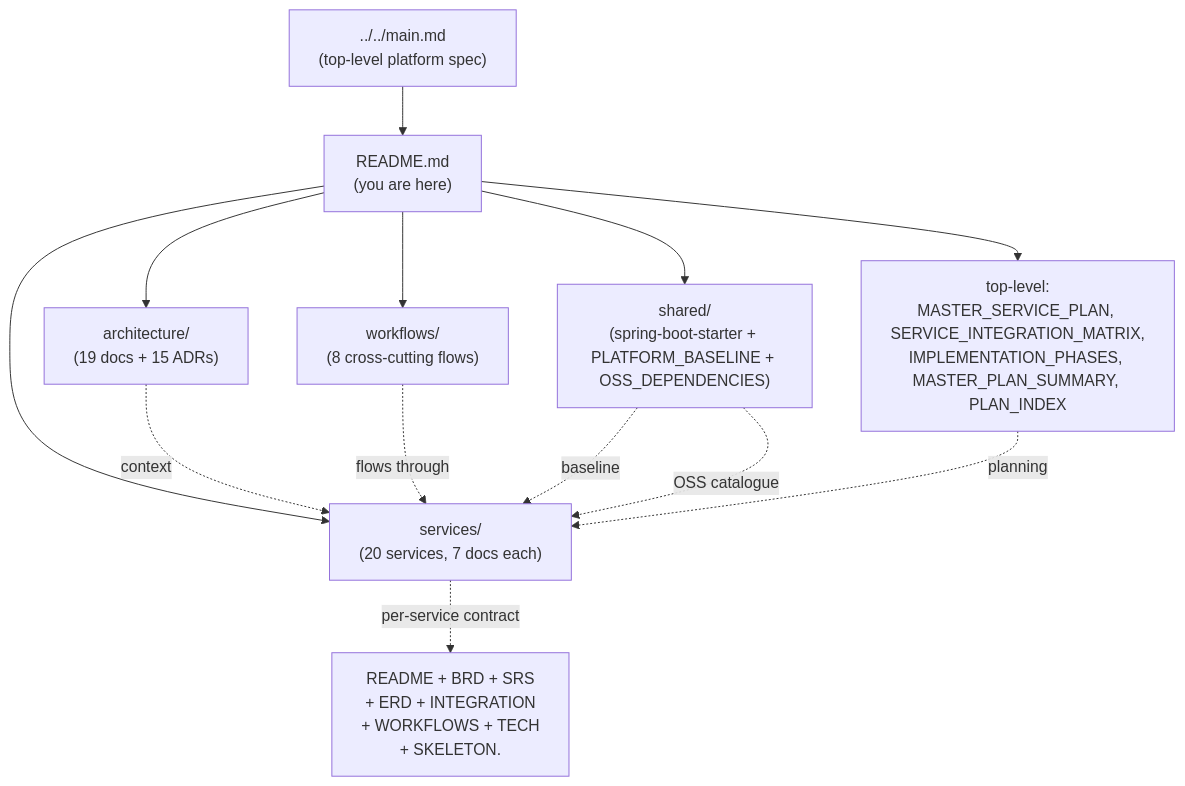
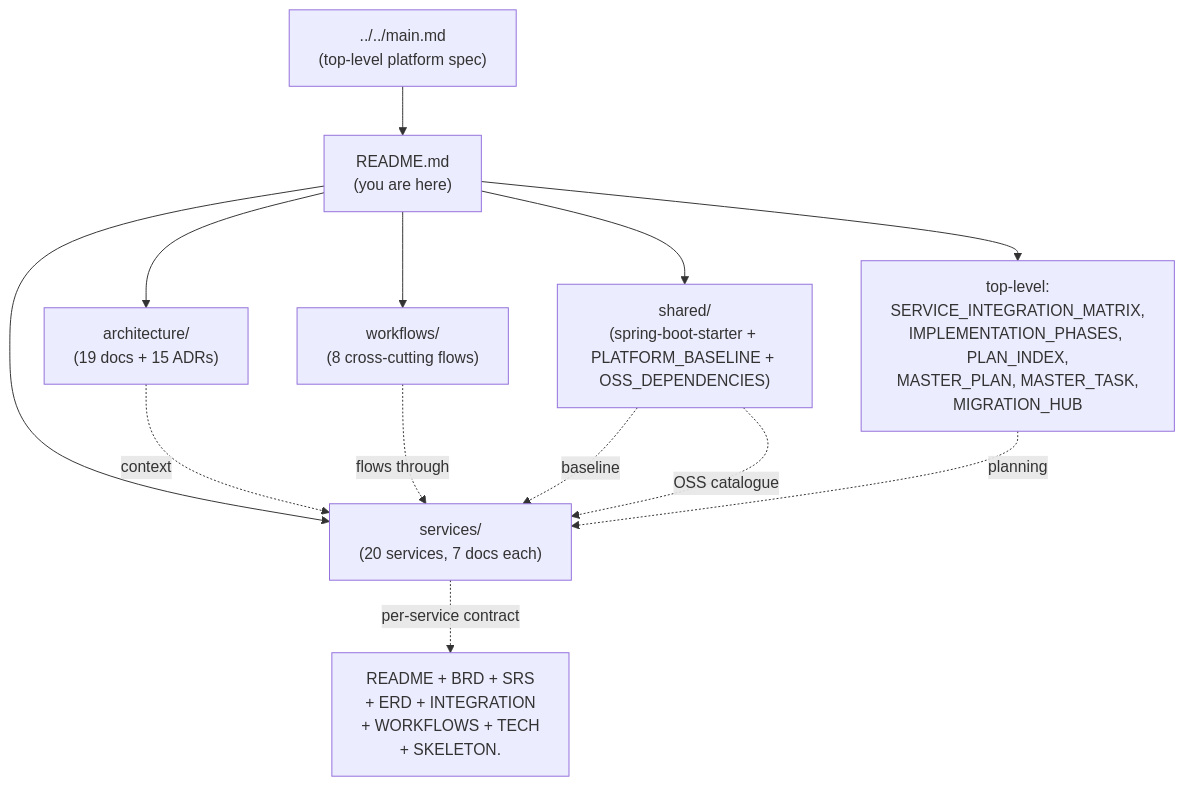
One commit to mohamedhabibwork/trips-enjoy-docs changed the diagram in docs/README.md. Above: the diagram before and after it, drawn with Mermaid. The commit also changed other lines of this file and 70 other files, not shown here.

````diff
--- a/docs/README.md
+++ b/docs/README.md
@@ -21,17 +21,17 @@
 ```mermaid
 flowchart TB
   main["../../main.md<br/>(top-level platform spec)"]
   r["README.md<br/>(you are here)"]
   main --> r
   r --> arch["architecture/<br/>(19 docs + 15 ADRs)"]
   r --> wf["workflows/<br/>(8 cross-cutting flows)"]
   r --> svc["services/<br/>(20 services, 7 docs each)"]
   r --> shared["shared/<br/>(spring-boot-starter + PLATFORM_BASELINE + OSS_DEPENDENCIES)"]
-  r --> top["top-level:<br/>MASTER_SERVICE_PLAN, SERVICE_INTEGRATION_MATRIX,<br/>IMPLEMENTATION_PHASES, MASTER_PLAN_SUMMARY, PLAN_INDEX"]
+  r --> top["top-level:<br/>SERVICE_INTEGRATION_MATRIX,<br/>IMPLEMENTATION_PHASES, PLAN_INDEX,<br/>MASTER_PLAN, MASTER_TASK,<br/>MIGRATION_HUB"]
   svc -. per-service contract .-> svc_brd["README + BRD + SRS<br/>+ ERD + INTEGRATION<br/>+ WORKFLOWS + TECH<br/>+ SKELETON.<ext>"]
   arch -. context .-> svc
   wf -. flows through .-> svc
   shared -. baseline .-> svc
   shared -. OSS catalogue .-> svc
   top -. planning .-> svc
 ```
````
